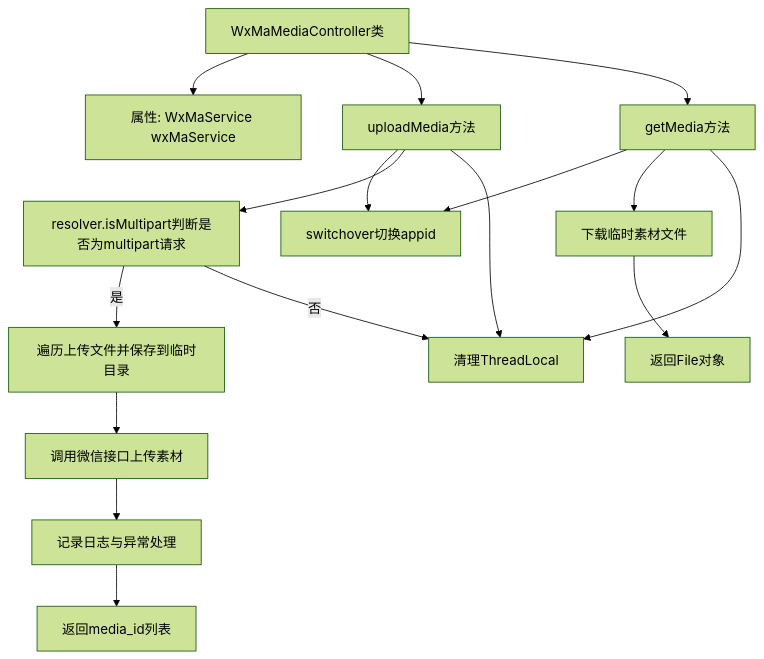
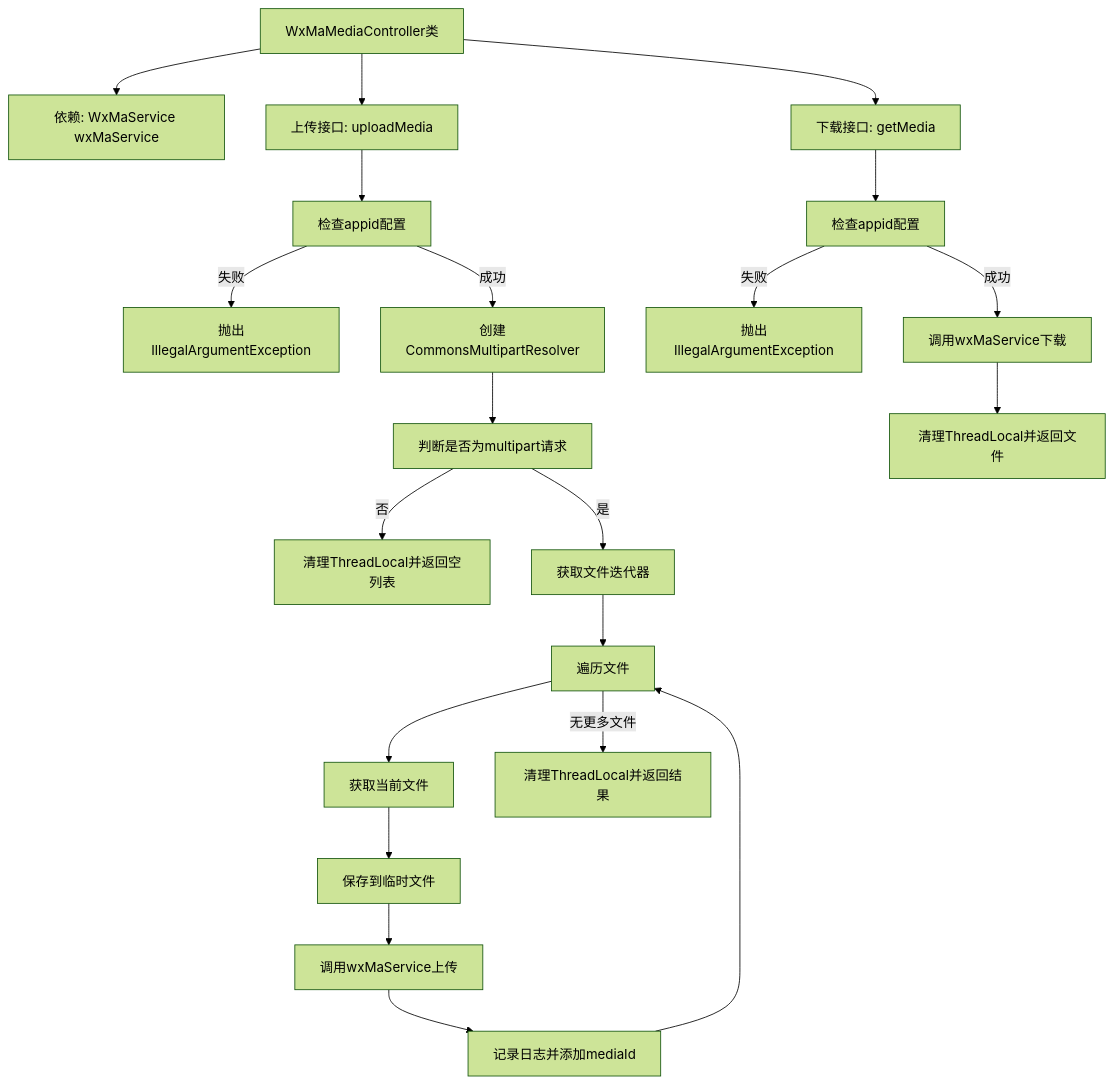
The second of 2 diagrams in docs/zh/docs/src/main/java/com/github/binarywang/demo/wx/miniapp/controller/WxMaMediaController.md (v-wjrong/binary_weixin-java-miniapp-demo), drawn with Mermaid (forest theme) before and after one commit. The commit also changed other lines of this file and 47 other files, not shown here.

````diff
--- a/docs/zh/docs/src/main/java/com/github/binarywang/demo/wx/miniapp/controller/WxMaMediaController.md
+++ b/docs/zh/docs/src/main/java/com/github/binarywang/demo/wx/miniapp/controller/WxMaMediaController.md
@@ -120,32 +124,30 @@
 ```mermaid
 graph TD
     A["WxMaMediaController类"]
-    B["属性: WxMaService wxMaService"]
-    C["uploadMedia方法"]
-    D["getMedia方法"]
-    E["switchover切换appid"]
-    F["resolver.isMultipart判断是否为multipart请求"]
-    G["遍历上传文件并保存到临时目录"]
-    H["调用微信接口上传素材"]
-    I["记录日志与异常处理"]
-    J["返回media_id列表"]
-    K["下载临时素材文件"]
-    L["返回File对象"]
-    M["清理ThreadLocal"]
-
+    B["依赖: WxMaService wxMaService"]
+    C["上传接口: uploadMedia"]
+    D["下载接口: getMedia"]
+    
     A --> B
     A --> C
     A --> D
-    C --> E
-    C --> F
-    F -- 是 --> G
-    G --> H
-    H --> I
-    I --> J
-    F -- 否 --> M
-    C --> M
-    D --> E
-    D --> K
-    K --> L
-    D --> M
+    
+    C --> C1["检查appid配置"]
+    C1 --"失败"--> C1_1["抛出IllegalArgumentException"]
+    C1 --"成功"--> C2["创建CommonsMultipartResolver"]
+    C2 --> C3["判断是否为multipart请求"]
+    C3 --"否"--> C3_1["清理ThreadLocal并返回空列表"]
+    C3 --"是"--> C4["获取文件迭代器"]
+    C4 --> C5["遍历文件"]
+    C5 --> C6["获取当前文件"]
+    C6 --> C7["保存到临时文件"]
+    C7 --> C8["调用wxMaService上传"]
+    C8 --> C9["记录日志并添加mediaId"]
+    C9 --> C5
+    C5 --"无更多文件"--> C10["清理ThreadLocal并返回结果"]
+
+    D --> D1["检查appid配置"]
+    D1 --"失败"--> D1_1["抛出IllegalArgumentException"]
+    D1 --"成功"--> D2["调用wxMaService下载"]
+    D2 --> D3["清理ThreadLocal并返回文件"]
 ```
````
